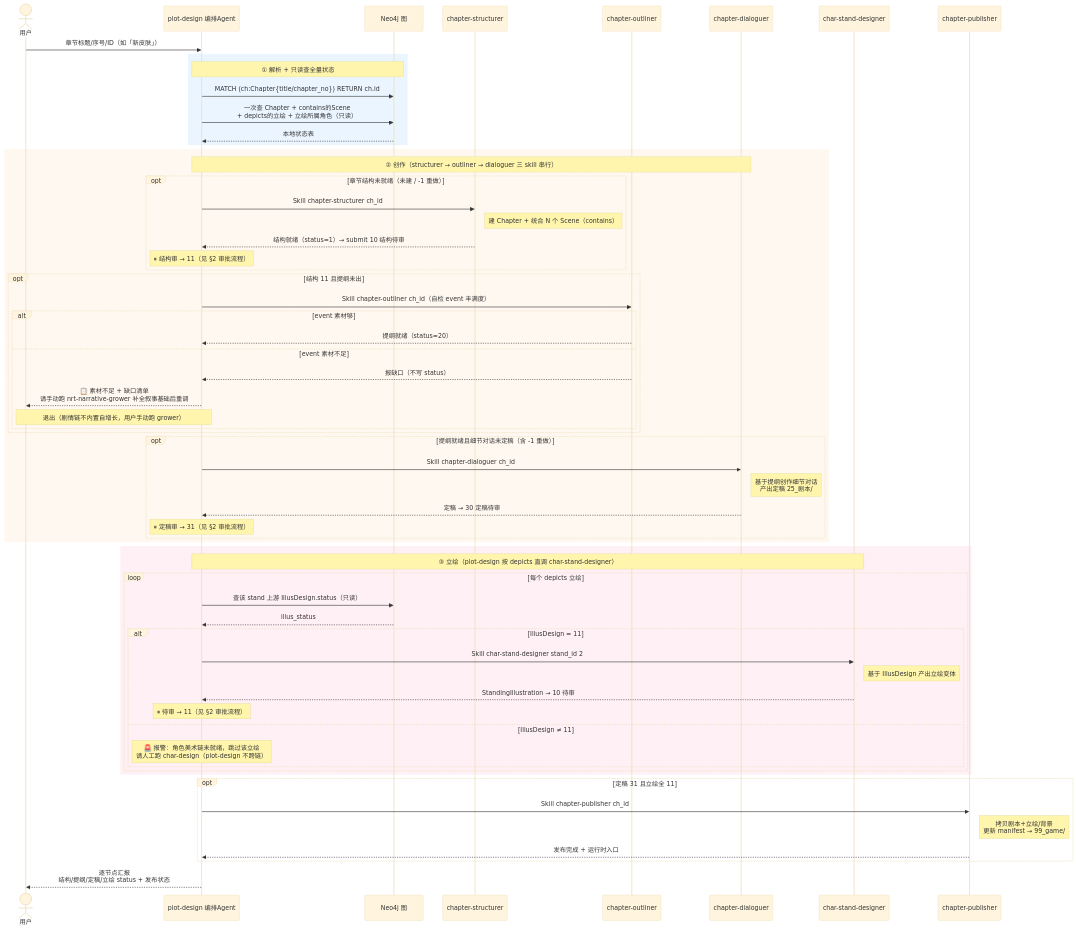
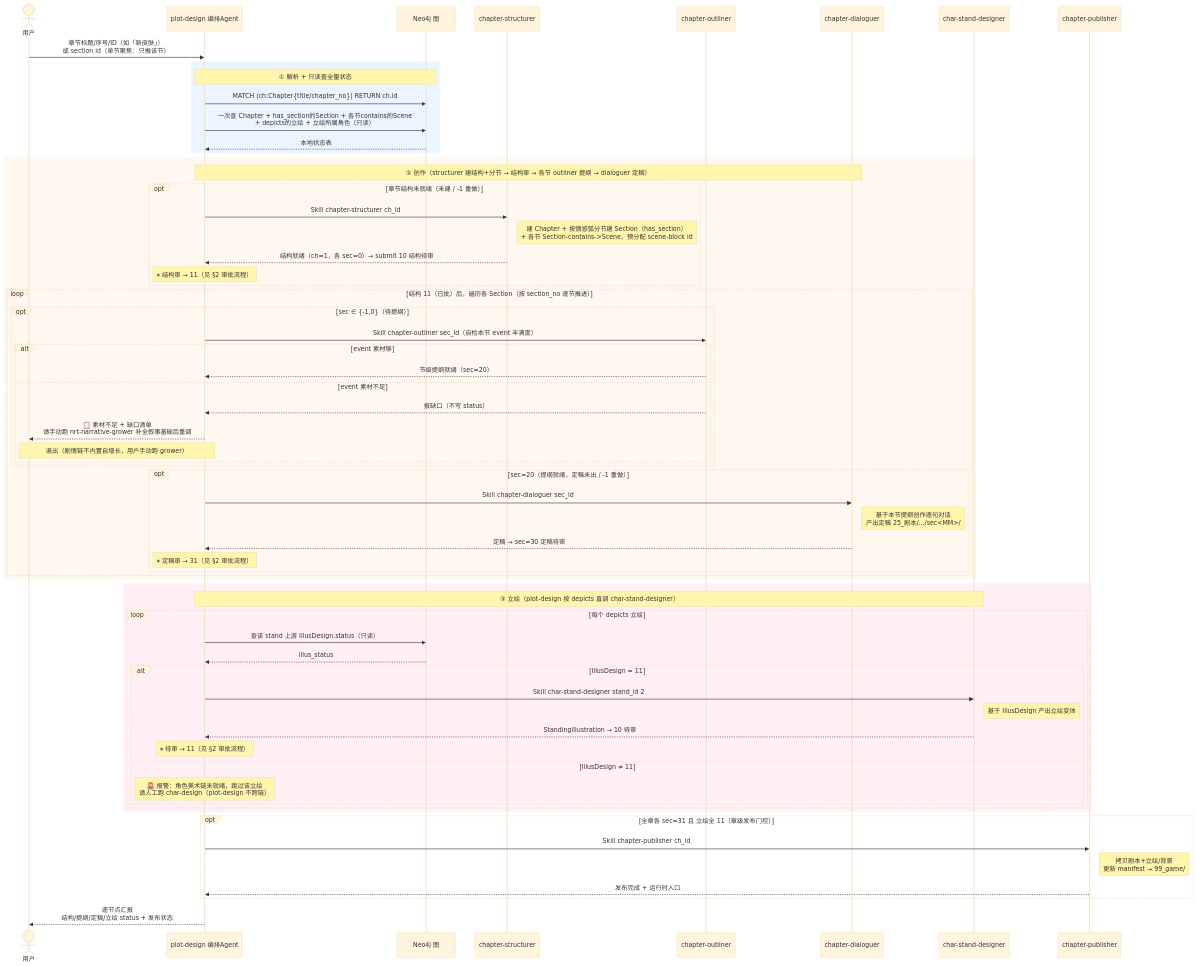
One commit to CrazyJinn/OtheredGlass changed the fourth of 4 diagrams in README.md. Above: the diagram before and after it, drawn with Mermaid (base theme). The commit also changed other lines of this file and 68 other files, not shown here.

````diff
--- a/README.md
+++ b/README.md
@@ -239,70 +240,72 @@
 ```mermaid
 sequenceDiagram
     actor U as 用户
     participant A as plot-design 编排Agent
     participant DB as Neo4j 图
     participant ST as chapter-structurer
     participant OL as chapter-outliner
     participant DG as chapter-dialoguer
     participant Stand as char-stand-designer
     participant Pub as chapter-publisher
 
-    U->>A: 章节标题/序号/ID（如「新皮肤」）
+    U->>A: 章节标题/序号/ID（如「新皮肤」）<br/>或 section id（单节聚焦：只推该节）
 
     rect rgb(235, 245, 255)
     Note over A,DB: ① 解析 + 只读查全量状态
     A->>DB: MATCH (ch:Chapter{title/chapter_no}) RETURN ch.id
-    A->>DB: 一次查 Chapter + contains的Scene<br/>+ depicts的立绘 + 立绘所属角色（只读）
+    A->>DB: 一次查 Chapter + has_section的Section + 各节contains的Scene<br/>+ depicts的立绘 + 立绘所属角色（只读）
     DB-->>A: 本地状态表
     end
 
     rect rgb(255, 248, 240)
-    Note over A,DG: ② 创作（structurer → outliner → dialoguer 三 skill 串行）
+    Note over A,DG: ② 创作（structurer 建结构+分节 → 结构审 → 各节 outliner 提纲 → dialoguer 定稿）
     opt 章节结构未就绪（未建 / -1 重做）
         A->>ST: Skill chapter-structurer ch_id
-        Note right of ST: 建 Chapter + 统合 N 个 Scene（contains）
-        ST-->>A: 结构就绪（status=1）→ submit 10 结构待审
+        Note right of ST: 建 Chapter + 按情感弧分节建 Section（has_section）<br/>+ 各节 Section-contains->Scene，预分配 scene-block id
+        ST-->>A: 结构就绪（ch=1，各 sec=0）→ submit 10 结构待审
         Note over A: ⏸ 结构审 → 11（见 §2 审批流程）
     end
-    opt 结构 11 且提纲未出
-        A->>OL: Skill chapter-outliner ch_id（自检 event 丰满度）
-        alt event 素材够
-            OL-->>A: 提纲就绪（status=20）
-        else event 素材不足
-            OL-->>A: 报缺口（不写 status）
-            A-->>U: 📋 素材不足 + 缺口清单<br/>请手动跑 nrt-narrative-grower 补全叙事基础后重调
-            Note over A,U: 退出（剧情链不内置自增长，用户手动跑 grower）
+    loop 结构 11（已批）后，遍历各 Section（按 section_no 逐节推进）
+        opt sec ∈ {-1,0}（待提纲）
+            A->>OL: Skill chapter-outliner sec_id（自检本节 event 丰满度）
+            alt event 素材够
+                OL-->>A: 节级提纲就绪（sec=20）
+            else event 素材不足
+                OL-->>A: 报缺口（不写 status）
+                A-->>U: 📋 素材不足 + 缺口清单<br/>请手动跑 nrt-narrative-grower 补全叙事基础后重调
+                Note over A,U: 退出（剧情链不内置自增长，用户手动跑 grower）
+            end
         end
-    end
-    opt 提纲就绪且细节对话未定稿（含 -1 重做）
-        A->>DG: Skill chapter-dialoguer ch_id
-        Note right of DG: 基于提纲创作细节对话<br/>产出定稿 25_剧本/
-        DG-->>A: 定稿 → 30 定稿待审
-        Note over A: ⏸ 定稿审 → 31（见 §2 审批流程）
+        opt sec=20（提纲就绪，定稿未出 / -1 重做）
+            A->>DG: Skill chapter-dialoguer sec_id
+            Note right of DG: 基于本节提纲创作逐句对话<br/>产出定稿 25_剧本/.../sec<MM>/
+            DG-->>A: 定稿 → sec=30 定稿待审
+            Note over A: ⏸ 定稿审 → 31（见 §2 审批流程）
+        end
     end
     end
 
     rect rgb(255, 240, 245)
     Note over A,Stand: ③ 立绘（plot-design 按 depicts 直调 char-stand-designer）
     loop 每个 depicts 立绘
         A->>DB: 查该 stand 上游 IllusDesign.status（只读）
         DB-->>A: illus_status
         alt IllusDesign = 11
             A->>Stand: Skill char-stand-designer stand_id 2
             Note right of Stand: 基于 IllusDesign 产出立绘变体
             Stand-->>A: StandingIllustration → 10 待审
             Note over A: ⏸ 待审 → 11（见 §2 审批流程）
         else IllusDesign ≠ 11
             Note over A: 🚨 报警：角色美术链未就绪，跳过该立绘<br/>请人工跑 char-design（plot-design 不跨链）
         end
     end
     end
 
-    opt 定稿 31 且立绘全 11
+    opt 全章各 sec=31 且 立绘全 11（章级发布门控）
         A->>Pub: Skill chapter-publisher ch_id
         Note right of Pub: 拷贝剧本+立绘/背景<br/>更新 manifest → 99_game/
         Pub-->>A: 发布完成 + 运行时入口
     end
 
     A-->>U: 逐节点汇报<br/>结构/提纲/定稿/立绘 status + 发布状态
 ```
````
